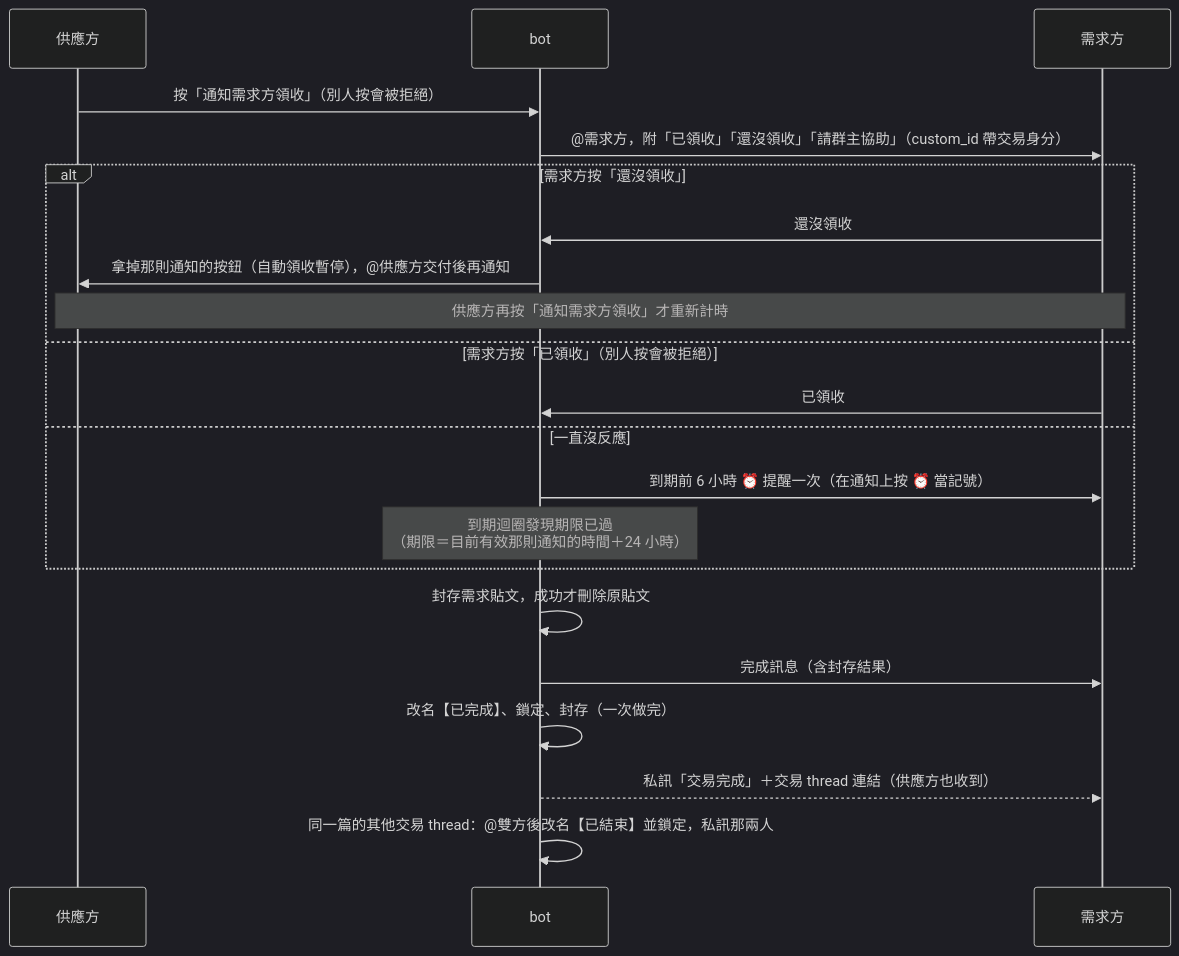
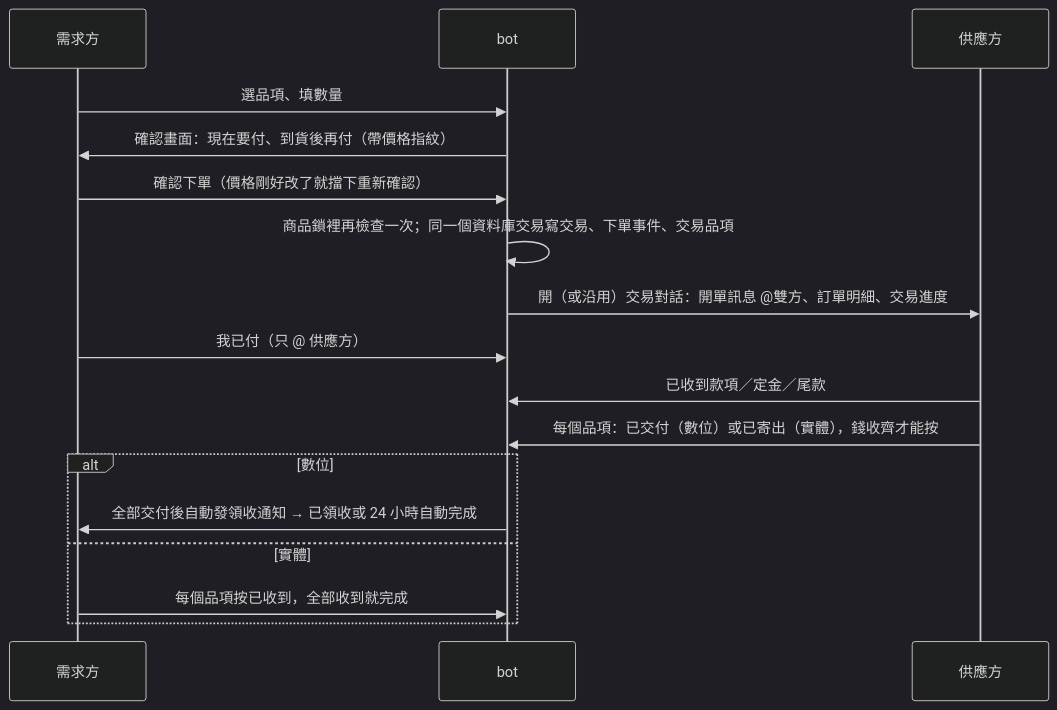
One commit to jjasoncool/Discord-Bot changed the second of 2 diagrams in TRADE_FLOW.md. Above: the diagram before and after it, drawn with Mermaid (dark theme). The commit also changed other lines of this file and 3 other files, not shown here.

First line of the commit message:
docs: rewrite the trade flow and list the market components

````diff
--- a/TRADE_FLOW.md
+++ b/TRADE_FLOW.md
@@ -106,23 +100,19 @@
 ```mermaid
 sequenceDiagram
+  participant R as 需求方
+  participant Bot as bot
   participant S as 供應方
-  participant Bot as bot
-  participant R as 需求方
-  S->>Bot: 按「通知需求方領收」（別人按會被拒絕）
-  Bot->>R: @需求方，附「已領收」「還沒領收」「請群主協助」（custom_id 帶交易身分）
-  alt 需求方按「還沒領收」
-    R->>Bot: 還沒領收
-    Bot->>S: 拿掉那則通知的按鈕（自動領收暫停），@供應方交付後再通知
-    Note over S,R: 供應方再按「通知需求方領收」才重新計時
-  else 需求方按「已領收」（別人按會被拒絕）
-    R->>Bot: 已領收
-  else 一直沒反應
-    Bot->>R: 到期前 6 小時 ⏰ 提醒一次（在通知上按 ⏰ 當記號）
-    Note over Bot: 到期迴圈發現期限已過<br/>（期限＝目前有效那則通知的時間＋24 小時）
+  R->>Bot: 選品項、填數量
+  Bot->>R: 確認畫面：現在要付、到貨後再付（帶價格指紋）
+  R->>Bot: 確認下單（價格剛好改了就擋下重新確認）
+  Bot->>Bot: 商品鎖裡再檢查一次；同一個資料庫交易寫交易、下單事件、交易品項
+  Bot->>S: 開（或沿用）交易對話：開單訊息 @雙方、訂單明細、交易進度
+  R->>Bot: 我已付（只 @ 供應方）
+  S->>Bot: 已收到款項／定金／尾款
+  S->>Bot: 每個品項：已交付（數位）或已寄出（實體），錢收齊才能按
+  alt 數位
+    Bot->>R: 全部交付後自動發領收通知 → 已領收或 24 小時自動完成
+  else 實體
+    R->>Bot: 每個品項按已收到，全部收到就完成
   end
-  Bot->>Bot: 封存需求貼文，成功才刪除原貼文
-  Bot->>R: 完成訊息（含封存結果）
-  Bot->>Bot: 改名【已完成】、鎖定、封存（一次做完）
-  Bot-->>R: 私訊「交易完成」＋交易 thread 連結（供應方也收到）
-  Bot->>Bot: 同一篇的其他交易 thread：@雙方後改名【已結束】並鎖定，私訊那兩人
 ```
````
